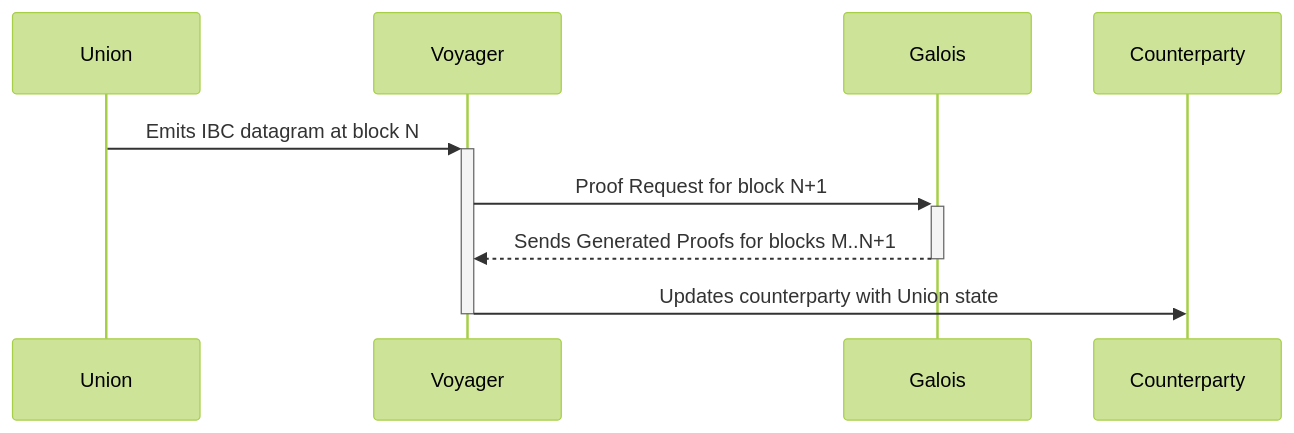
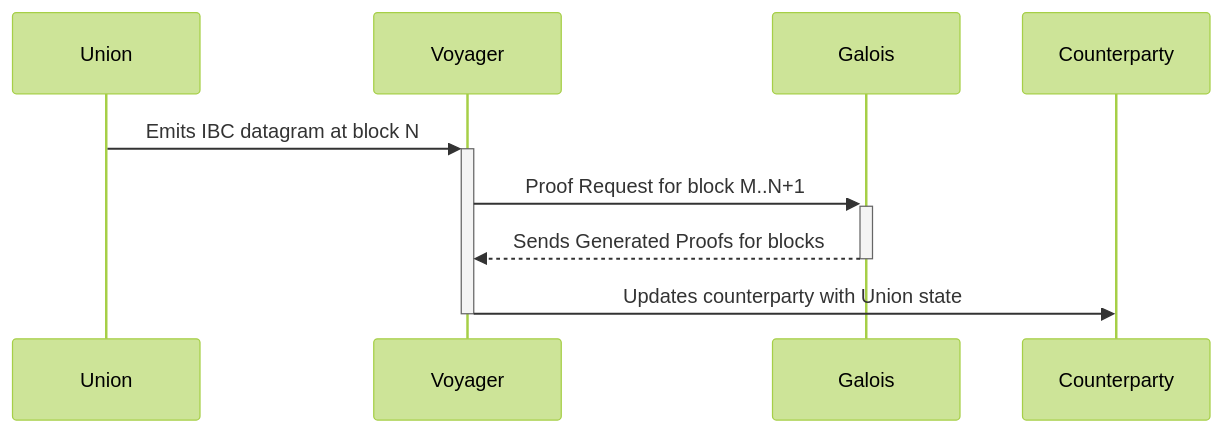
Before and after one commit to unionlabs/union: the diagram in docs/docs/02_architecture/galois.md, drawn with Mermaid (forest theme).

Commit message:
docs: specify that voyager requests multiple blocks

````diff
--- a/docs/docs/02_architecture/galois.md
+++ b/docs/docs/02_architecture/galois.md
@@ -21,7 +21,7 @@
 ```mermaid
 sequenceDiagram
     Union->>+Voyager: Emits IBC datagram at block N
-    Voyager->>+Galois: Proof Request for block N+1
-    Galois-->>-Voyager: Sends Generated Proofs for blocks M..N+1
+    Voyager->>+Galois: Proof Request for block M..N+1
+    Galois-->>-Voyager: Sends Generated Proofs for blocks 
     Voyager->>-Counterparty: Updates counterparty with Union state
 ```
````
